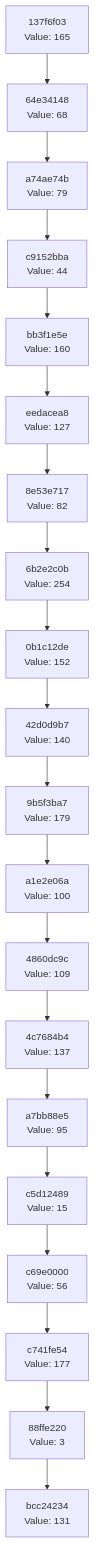
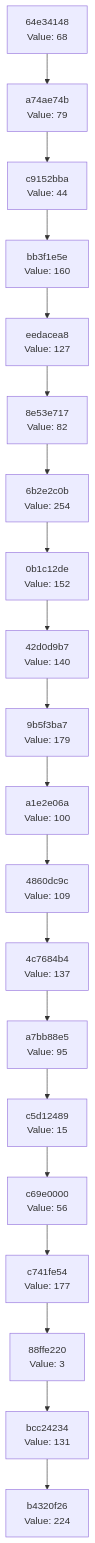
One commit to Abhisheksinha1506/hash-chain-evolver changed the diagram in docs/CHAIN_VISUALIZATION.md. Above: the diagram before and after it, drawn with Mermaid. The commit also changed 3 other files, not shown here.

````diff
--- a/docs/CHAIN_VISUALIZATION.md
+++ b/docs/CHAIN_VISUALIZATION.md
@@ -3,42 +3,42 @@
 ```mermaid
 graph TD
-    C0["bcc24234<br/>Value: 131"]
-    C1["88ffe220<br/>Value: 3"]
+    C0["b4320f26<br/>Value: 224"]
+    C1["bcc24234<br/>Value: 131"]
     C1 --> C0
-    C2["c741fe54<br/>Value: 177"]
+    C2["88ffe220<br/>Value: 3"]
     C2 --> C1
-    C3["c69e0000<br/>Value: 56"]
+    C3["c741fe54<br/>Value: 177"]
     C3 --> C2
-    C4["c5d12489<br/>Value: 15"]
+    C4["c69e0000<br/>Value: 56"]
     C4 --> C3
-    C5["a7bb88e5<br/>Value: 95"]
+    C5["c5d12489<br/>Value: 15"]
     C5 --> C4
-    C6["4c7684b4<br/>Value: 137"]
+    C6["a7bb88e5<br/>Value: 95"]
     C6 --> C5
-    C7["4860dc9c<br/>Value: 109"]
+    C7["4c7684b4<br/>Value: 137"]
     C7 --> C6
-    C8["a1e2e06a<br/>Value: 100"]
+    C8["4860dc9c<br/>Value: 109"]
     C8 --> C7
-    C9["9b5f3ba7<br/>Value: 179"]
+    C9["a1e2e06a<br/>Value: 100"]
     C9 --> C8
-    C10["42d0d9b7<br/>Value: 140"]
+    C10["9b5f3ba7<br/>Value: 179"]
     C10 --> C9
-    C11["0b1c12de<br/>Value: 152"]
+    C11["42d0d9b7<br/>Value: 140"]
     C11 --> C10
-    C12["6b2e2c0b<br/>Value: 254"]
+    C12["0b1c12de<br/>Value: 152"]
     C12 --> C11
-    C13["8e53e717<br/>Value: 82"]
+    C13["6b2e2c0b<br/>Value: 254"]
     C13 --> C12
-    C14["eedacea8<br/>Value: 127"]
+    C14["8e53e717<br/>Value: 82"]
     C14 --> C13
-    C15["bb3f1e5e<br/>Value: 160"]
+    C15["eedacea8<br/>Value: 127"]
     C15 --> C14
-    C16["c9152bba<br/>Value: 44"]
+    C16["bb3f1e5e<br/>Value: 160"]
     C16 --> C15
-    C17["a74ae74b<br/>Value: 79"]
+    C17["c9152bba<br/>Value: 44"]
     C17 --> C16
-    C18["64e34148<br/>Value: 68"]
+    C18["a74ae74b<br/>Value: 79"]
     C18 --> C17
-    C19["137f6f03<br/>Value: 165"]
+    C19["64e34148<br/>Value: 68"]
     C19 --> C18
 ```
````
